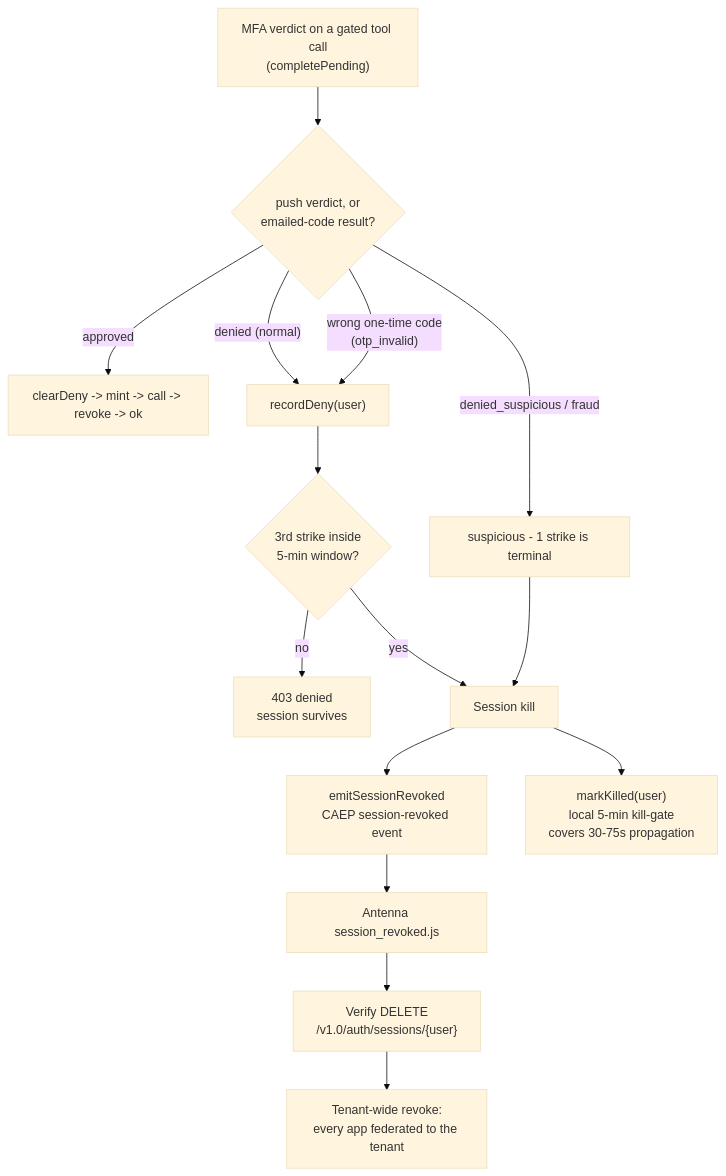
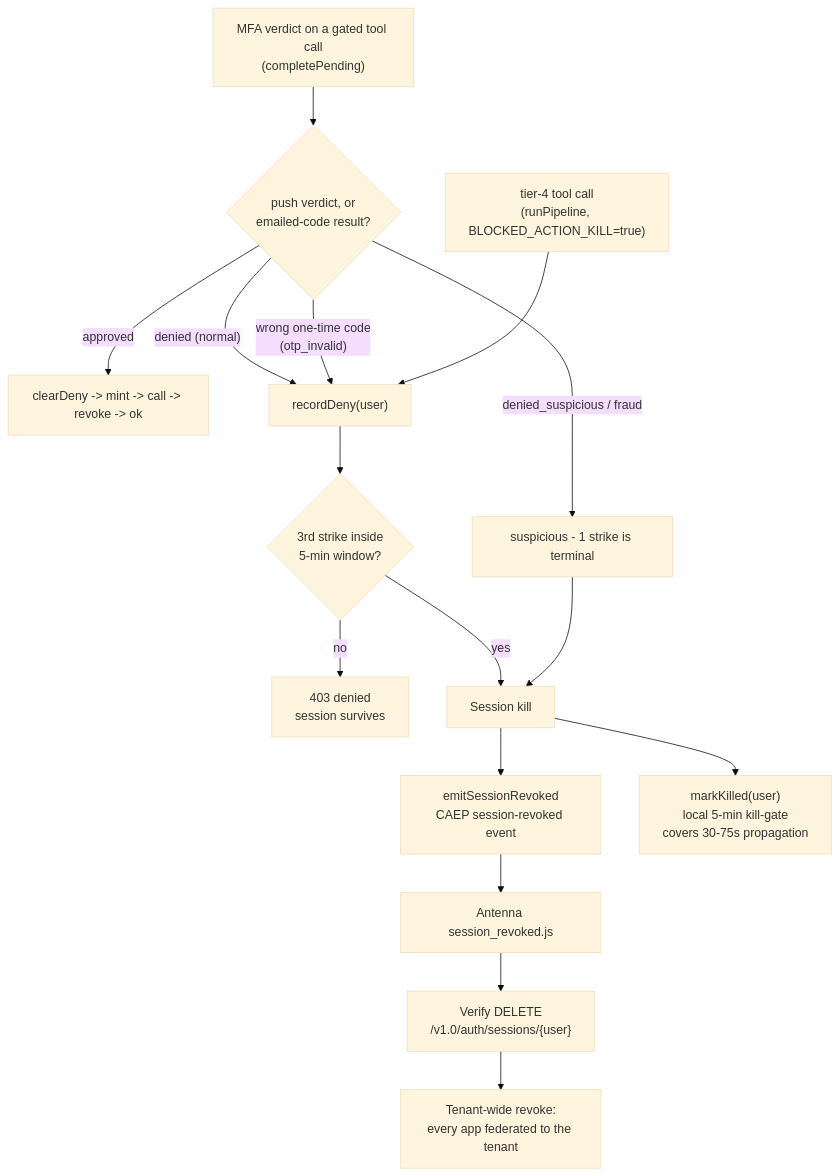
Before and after one commit to iamidentity-ai/mcp-gateway-verify-vault: the diagram in docs/concepts/session-kill.md, drawn with Mermaid (base theme). The commit also changed other lines of this file and 7 other files, not shown here.

````diff
--- a/docs/concepts/session-kill.md
+++ b/docs/concepts/session-kill.md
@@ -12,20 +12,21 @@
 ```mermaid
 flowchart TD
     START["MFA verdict on a gated tool call<br/>(completePending)"] --> Q{"push verdict, or<br/>emailed-code result?"}
     Q -->|"approved"| OK["clearDeny -> mint -> call -> revoke -> ok"]
     Q -->|"denied (normal)"| REC["recordDeny(user)"]
     Q -->|"wrong one-time code<br/>(otp_invalid)"| REC
     Q -->|"denied_suspicious / fraud"| SUS["suspicious - 1 strike is terminal"]
+    B4["tier-4 tool call<br/>(runPipeline, BLOCKED_ACTION_KILL=true)"] --> REC
 
     REC --> THRESH{"3rd strike inside<br/>5-min window?"}
     THRESH -->|"no"| DENY["403 denied<br/>session survives"]
     THRESH -->|"yes"| KILL["Session kill"]
     SUS --> KILL
 
     KILL --> EMIT["emitSessionRevoked<br/>CAEP session-revoked event"]
     KILL --> MARK["markKilled(user)<br/>local 5-min kill-gate<br/>covers 30-75s propagation"]
 
     EMIT --> ANT["Antenna session_revoked.js"]
     ANT --> DEL["Verify DELETE<br/>/v1.0/auth/sessions/{user}"]
     DEL --> TENANT["Tenant-wide revoke:<br/>every app federated to the tenant"]
 ```
````
